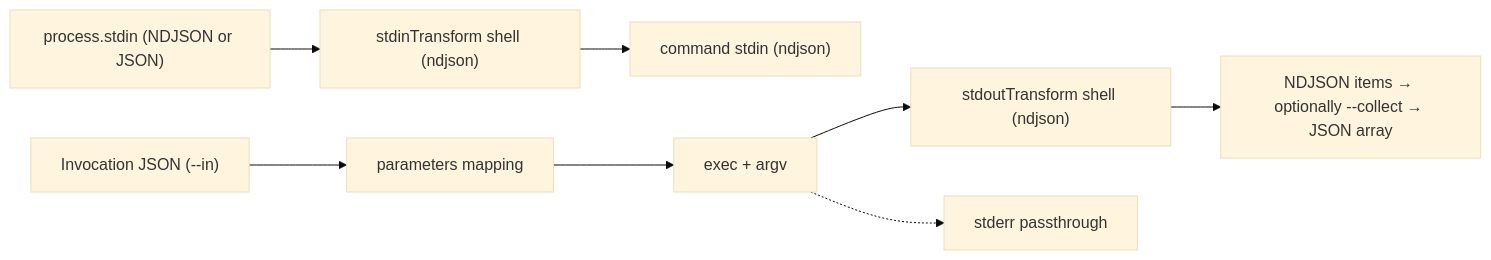
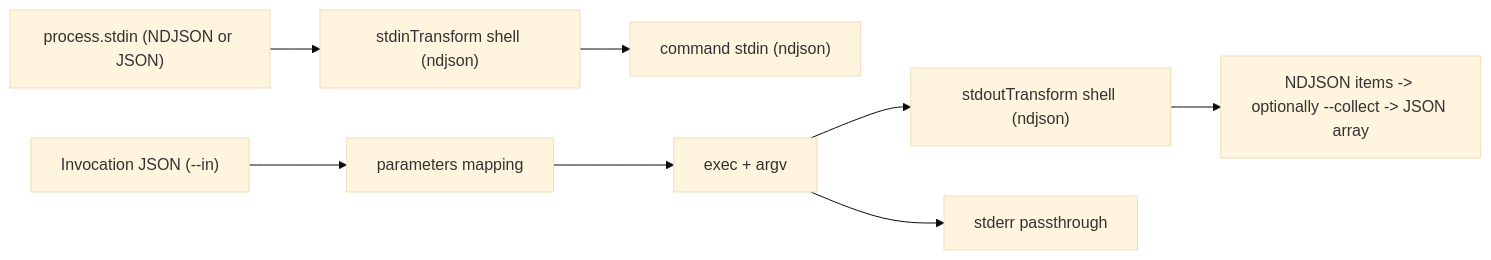
One commit to viberoots/viberoots changed the second of 3 diagrams in jio-user-manual.md. Above: the diagram before and after it, drawn with Mermaid (base theme). The commit also changed other lines of this file and 1 other file, not shown here.

````diff
--- a/jio-user-manual.md
+++ b/jio-user-manual.md
@@ -329,10 +329,10 @@
 ```mermaid
 graph LR
   STDIN["process.stdin (NDJSON or JSON)"] --> STIN["stdinTransform shell (ndjson)"]
   STIN --> CMDIN["command stdin (ndjson)"]
   INV["Invocation JSON (--in)"] --> MAP["parameters mapping"]
   MAP --> RUN["exec + argv"]
   RUN --> STOUT["stdoutTransform shell (ndjson)"]
-  STOUT --> OUT["NDJSON items → optionally --collect → JSON array"]
-  RUN -.-> ERR["stderr passthrough"]
+  STOUT --> OUT["NDJSON items -> optionally --collect -> JSON array"]
+  RUN --> ERR["stderr passthrough"]
 ```
````
